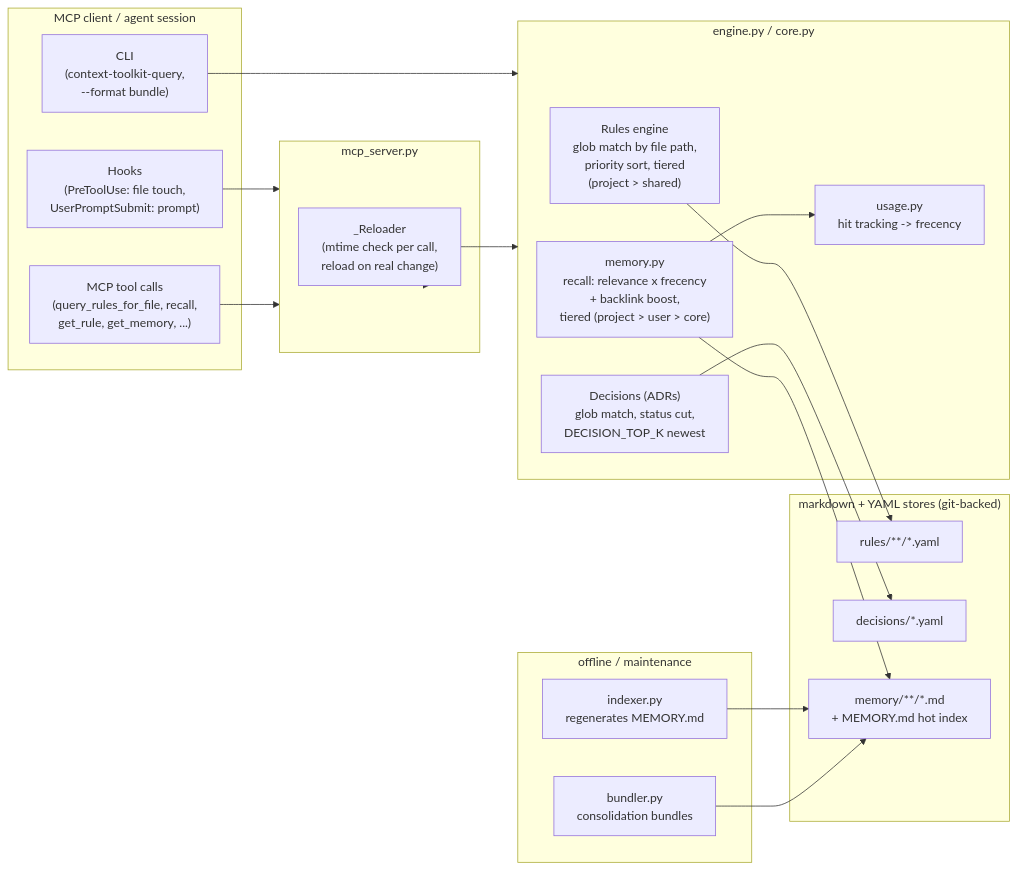
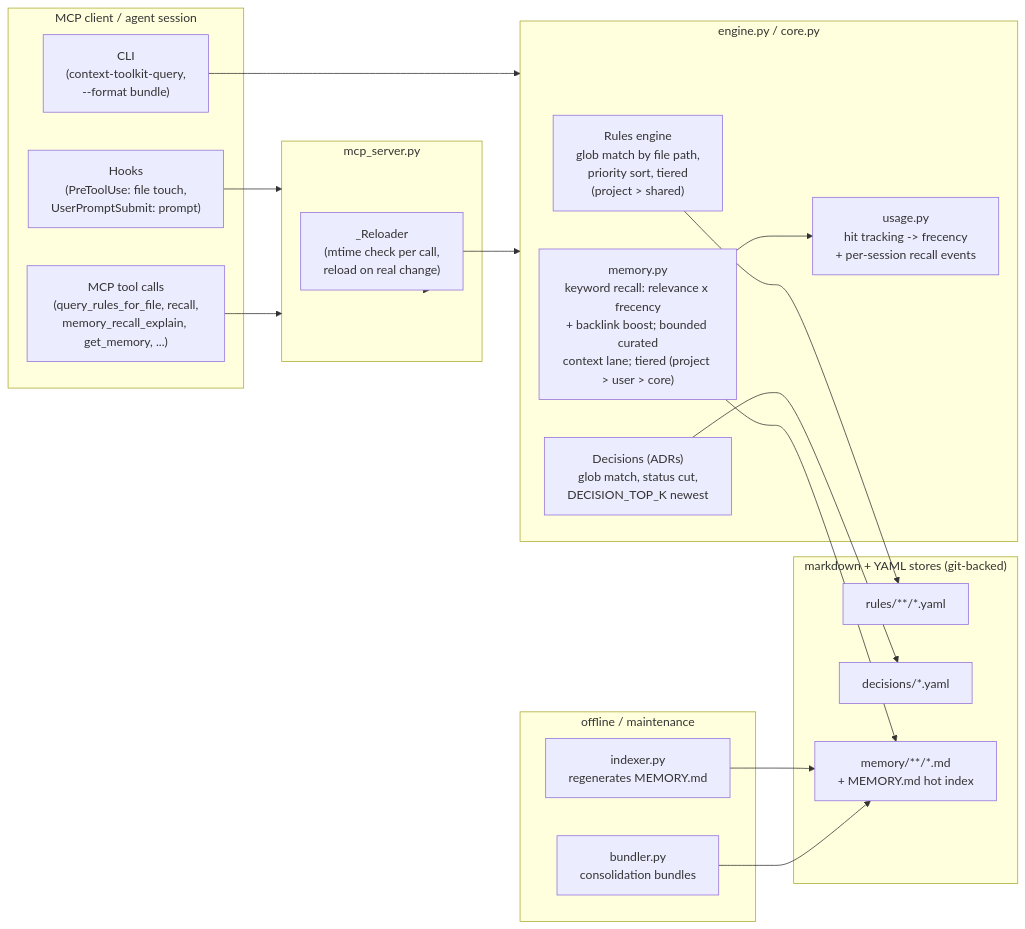
Before and after one commit to othmaratzmueller-bit/mcp-context-toolkit: the diagram in docs/architecture.md, drawn with Mermaid. The commit also changed other lines of this file and 37 other files, not shown here.

Commit message:
mcp-context-toolkit v2.0.0 — closed recall learning and diagnostics

````diff
--- a/docs/architecture.md
+++ b/docs/architecture.md
@@ -6,41 +6,41 @@
 ```mermaid
 flowchart LR
     subgraph client["MCP client / agent session"]
         HOOKS["Hooks<br/>(PreToolUse: file touch,<br/>UserPromptSubmit: prompt)"]
-        TOOLS["MCP tool calls<br/>(query_rules_for_file, recall,<br/>get_rule, get_memory, ...)"]
+        TOOLS["MCP tool calls<br/>(query_rules_for_file, recall,<br/>memory_recall_explain, get_memory, ...)"]
         CLI["CLI<br/>(context-toolkit-query,<br/>--format bundle)"]
     end
 
     subgraph server["mcp_server.py"]
         RELOADER["_Reloader<br/>(mtime check per call,<br/>reload on real change)"]
     end
 
     subgraph engine["engine.py / core.py"]
         RULES["Rules engine<br/>glob match by file path,<br/>priority sort, tiered<br/>(project > shared)"]
         DECISIONS["Decisions (ADRs)<br/>glob match, status cut,<br/>DECISION_TOP_K newest"]
-        MEMORY["memory.py<br/>recall: relevance x frecency<br/>+ backlink boost,<br/>tiered (project > user > core)"]
-        USAGE["usage.py<br/>hit tracking -> frecency"]
+        MEMORY["memory.py<br/>keyword recall: relevance x frecency<br/>+ backlink boost; bounded curated<br/>context lane; tiered (project > user > core)"]
+        USAGE["usage.py<br/>hit tracking -> frecency<br/>+ per-session recall events"]
     end
 
     subgraph store["markdown + YAML stores (git-backed)"]
         RDIR["rules/**/*.yaml"]
         DDIR["decisions/*.yaml"]
         MDIR["memory/**/*.md<br/>+ MEMORY.md hot index"]
     end
 
     HOOKS --> server
     TOOLS --> server
     CLI --> engine
     server --> RELOADER --> engine
     RULES --> RDIR
     DECISIONS --> DDIR
     MEMORY --> MDIR
     MEMORY --> USAGE
 
     subgraph offline["offline / maintenance"]
         INDEXER["indexer.py<br/>regenerates MEMORY.md"]
         BUNDLER["bundler.py<br/>consolidation bundles"]
     end
     INDEXER --> MDIR
     BUNDLER --> MDIR
 ```
````
